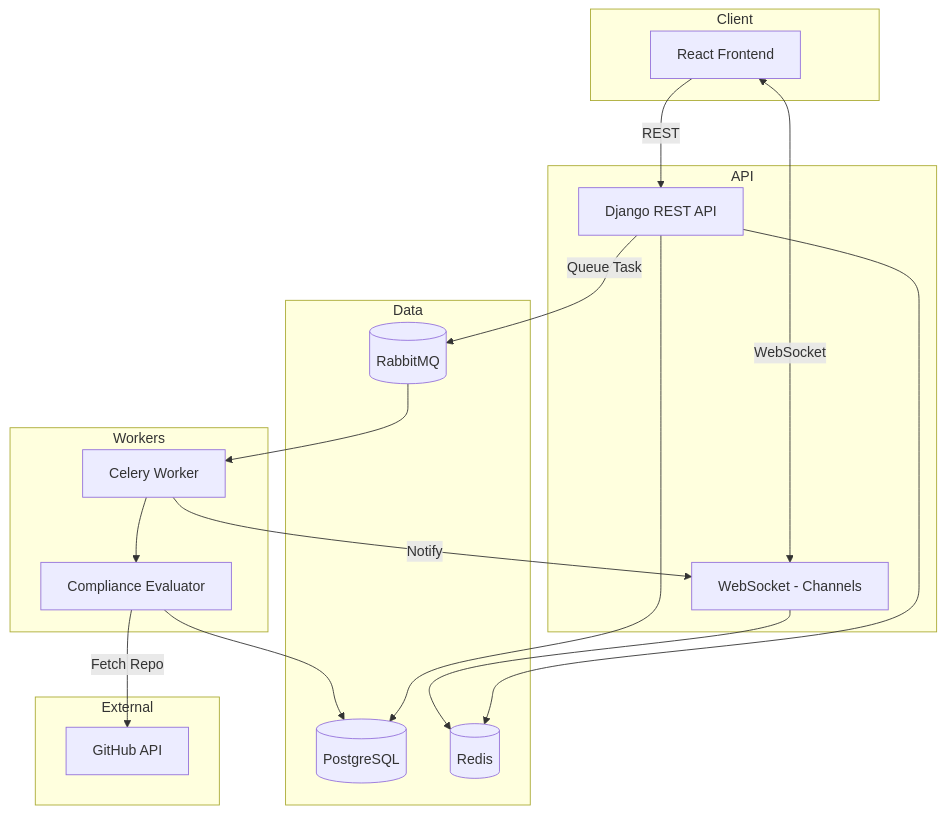
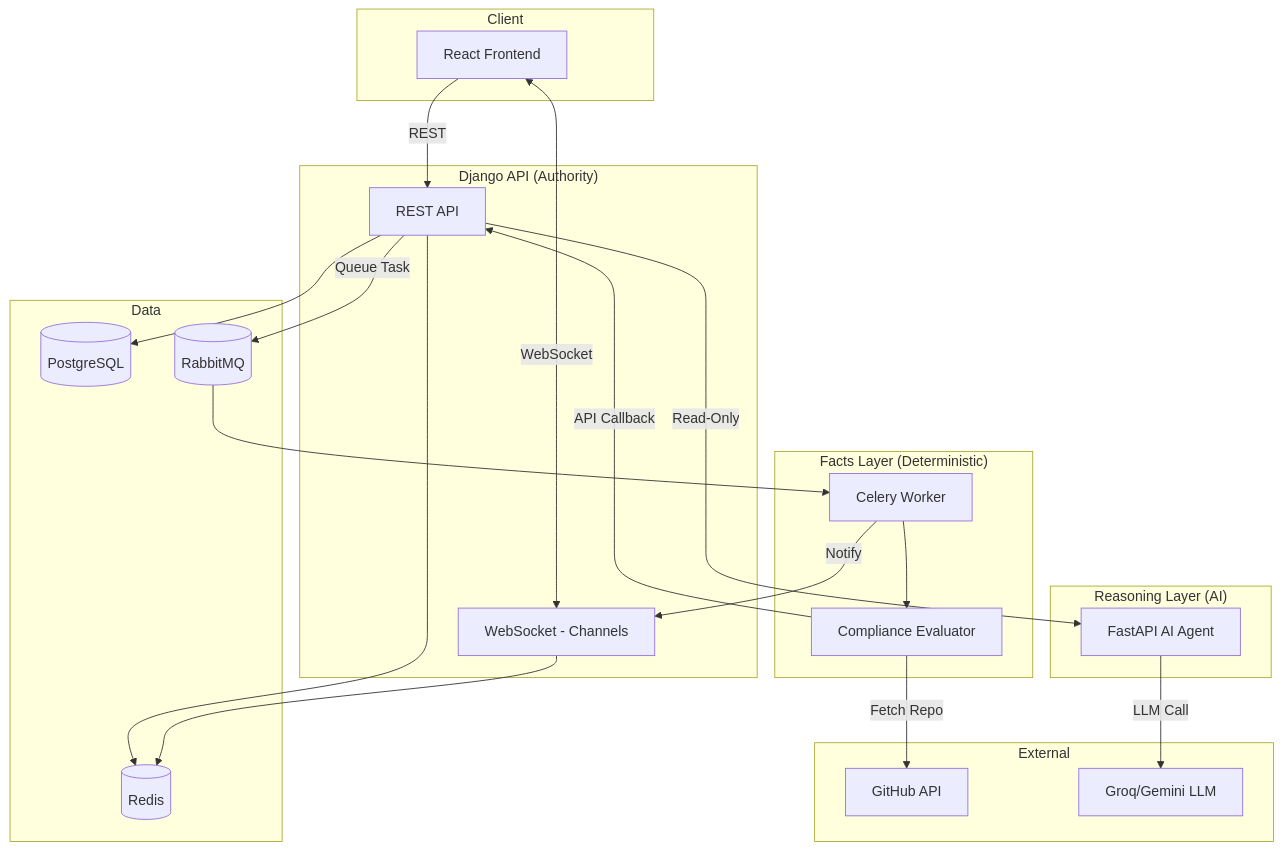
The first of 3 diagrams in README.md (ShabasRahman7/SecuredHub), drawn with Mermaid before and after one commit. The commit also changed other lines of this file and 84 other files, not shown here.

````diff
--- a/README.md
+++ b/README.md
@@ -29,38 +33,45 @@
 ```mermaid
 graph TB
     subgraph Client
         FE[React Frontend]
     end
 
-    subgraph API
-        DRF[Django REST API]
+    subgraph API["Django API (Authority)"]
+        DRF[REST API]
         WS[WebSocket - Channels]
     end
 
-    subgraph Workers
+    subgraph Facts["Facts Layer (Deterministic)"]
         CELERY[Celery Worker]
         EVAL[Compliance Evaluator]
+    end
+
+    subgraph Reasoning["Reasoning Layer (AI)"]
+        AGENT[FastAPI AI Agent]
     end
 
     subgraph Data
         PG[(PostgreSQL)]
         REDIS[(Redis)]
         RMQ[(RabbitMQ)]
     end
 
     subgraph External
         GH[GitHub API]
+        LLM[Groq/Gemini LLM]
     end
 
     FE -->|REST| DRF
     FE <-->|WebSocket| WS
     DRF --> PG
     DRF --> REDIS
     DRF -->|Queue Task| RMQ
     RMQ --> CELERY
     CELERY --> EVAL
     EVAL -->|Fetch Repo| GH
-    EVAL --> PG
+    EVAL -->|API Callback| DRF
     CELERY -->|Notify| WS
     WS --> REDIS
+    DRF -->|Read-Only| AGENT
+    AGENT -->|LLM Call| LLM
 ```
````
